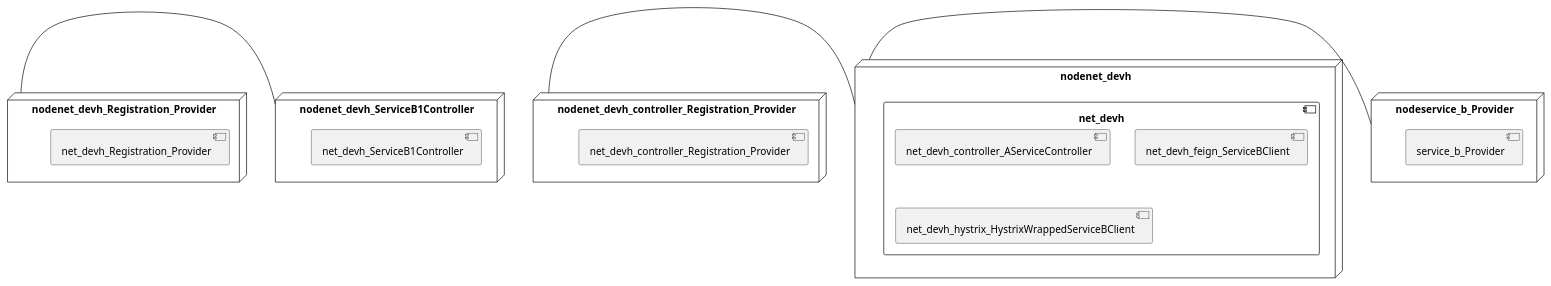
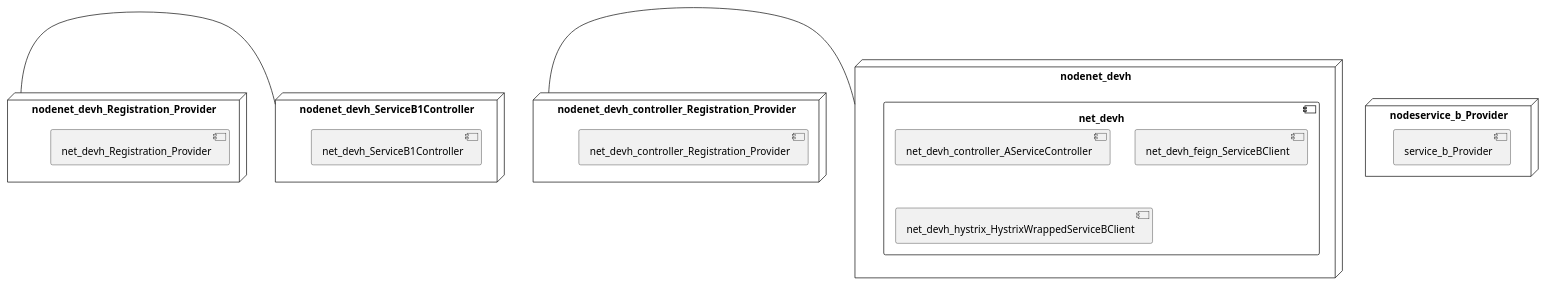
One commit to View-Based-Reverse-Engineering/Retriever-Benchmark changed the diagram in yidongnan-spring-cloud-netflix-example/model_re/uml/allocationDiagram.puml. Above: the diagram before and after it, drawn with PlantUML. The commit also changed 332 other files, not shown here.

```diff
--- a/yidongnan-spring-cloud-netflix-example/model_re/uml/allocationDiagram.puml
+++ b/yidongnan-spring-cloud-netflix-example/model_re/uml/allocationDiagram.puml
@@ -1,27 +1,26 @@
 @startuml
 skinparam fixCircleLabelOverlapping true
 skinparam componentStyle uml2
 node nodenet_devh {
 component net_devh {
-[net_devh_controller_AServiceController] [[yidongnan-spring-cloud-netflix-example.system#_xWKCEDf0Ee-eHIIxzlA9jQ]]
-[net_devh_feign_ServiceBClient] [[yidongnan-spring-cloud-netflix-example.system#_xWKCEDf0Ee-eHIIxzlA9jQ]]
-[net_devh_hystrix_HystrixWrappedServiceBClient] [[yidongnan-spring-cloud-netflix-example.system#_xWKCEDf0Ee-eHIIxzlA9jQ]]
+[net_devh_controller_AServiceController] [[yidongnan-spring-cloud-netflix-example.system#_YM4uoDoEEe-Z077FQY05Jw]]
+[net_devh_feign_ServiceBClient] [[yidongnan-spring-cloud-netflix-example.system#_YM4uoDoEEe-Z077FQY05Jw]]
+[net_devh_hystrix_HystrixWrappedServiceBClient] [[yidongnan-spring-cloud-netflix-example.system#_YM4uoDoEEe-Z077FQY05Jw]]
 }
 }
 node nodenet_devh_Registration_Provider {
-[net_devh_Registration_Provider] [[yidongnan-spring-cloud-netflix-example.system#_xWKCEDf0Ee-eHIIxzlA9jQ]]
+[net_devh_Registration_Provider] [[yidongnan-spring-cloud-netflix-example.system#_YM4uoDoEEe-Z077FQY05Jw]]
 }
 node nodenet_devh_ServiceB1Controller {
-[net_devh_ServiceB1Controller] [[yidongnan-spring-cloud-netflix-example.system#_xWKCEDf0Ee-eHIIxzlA9jQ]]
+[net_devh_ServiceB1Controller] [[yidongnan-spring-cloud-netflix-example.system#_YM4uoDoEEe-Z077FQY05Jw]]
 }
 node nodenet_devh_controller_Registration_Provider {
-[net_devh_controller_Registration_Provider] [[yidongnan-spring-cloud-netflix-example.system#_xWKCEDf0Ee-eHIIxzlA9jQ]]
+[net_devh_controller_Registration_Provider] [[yidongnan-spring-cloud-netflix-example.system#_YM4uoDoEEe-Z077FQY05Jw]]
 }
 node nodeservice_b_Provider {
-[service_b_Provider] [[yidongnan-spring-cloud-netflix-example.system#_xWKCEDf0Ee-eHIIxzlA9jQ]]
+[service_b_Provider] [[yidongnan-spring-cloud-netflix-example.system#_YM4uoDoEEe-Z077FQY05Jw]]
 }
 [nodenet_devh_Registration_Provider] - [nodenet_devh_ServiceB1Controller]
 [nodenet_devh_controller_Registration_Provider] - [nodenet_devh]
-[nodeservice_b_Provider] - [nodenet_devh]
 
 @enduml
```
